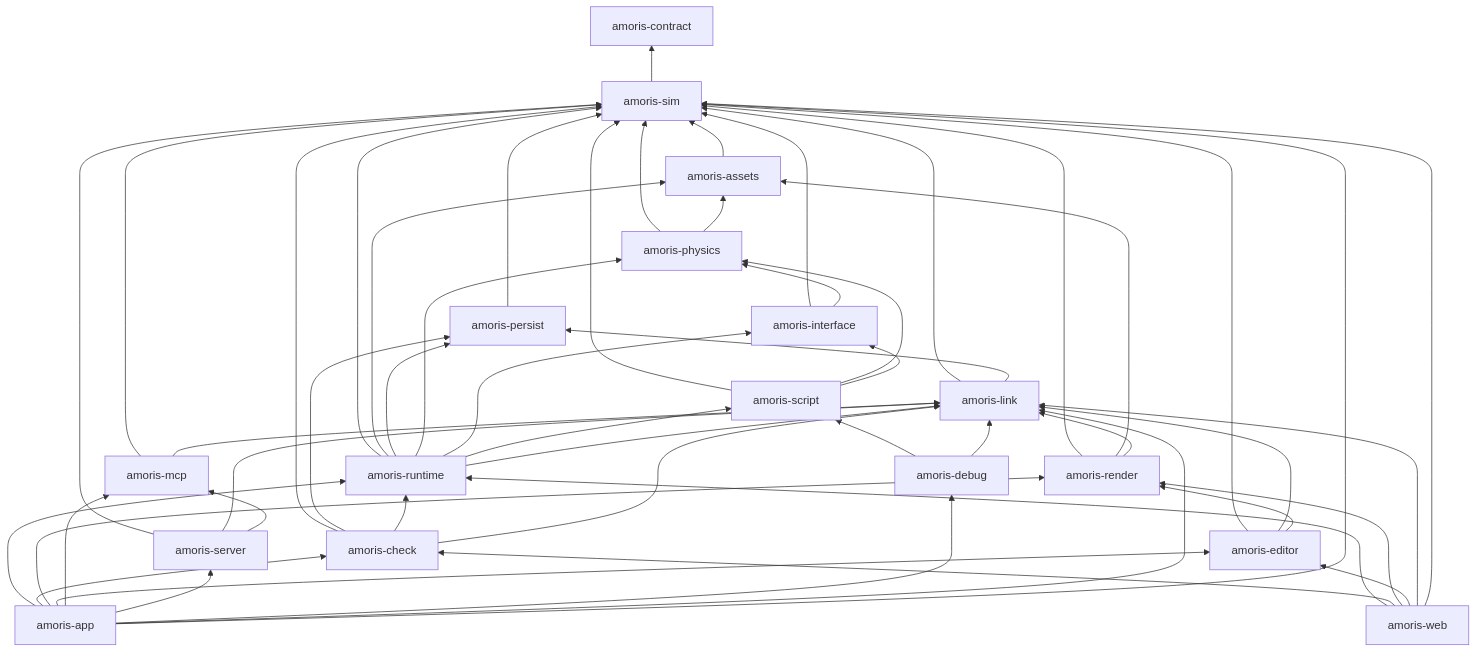
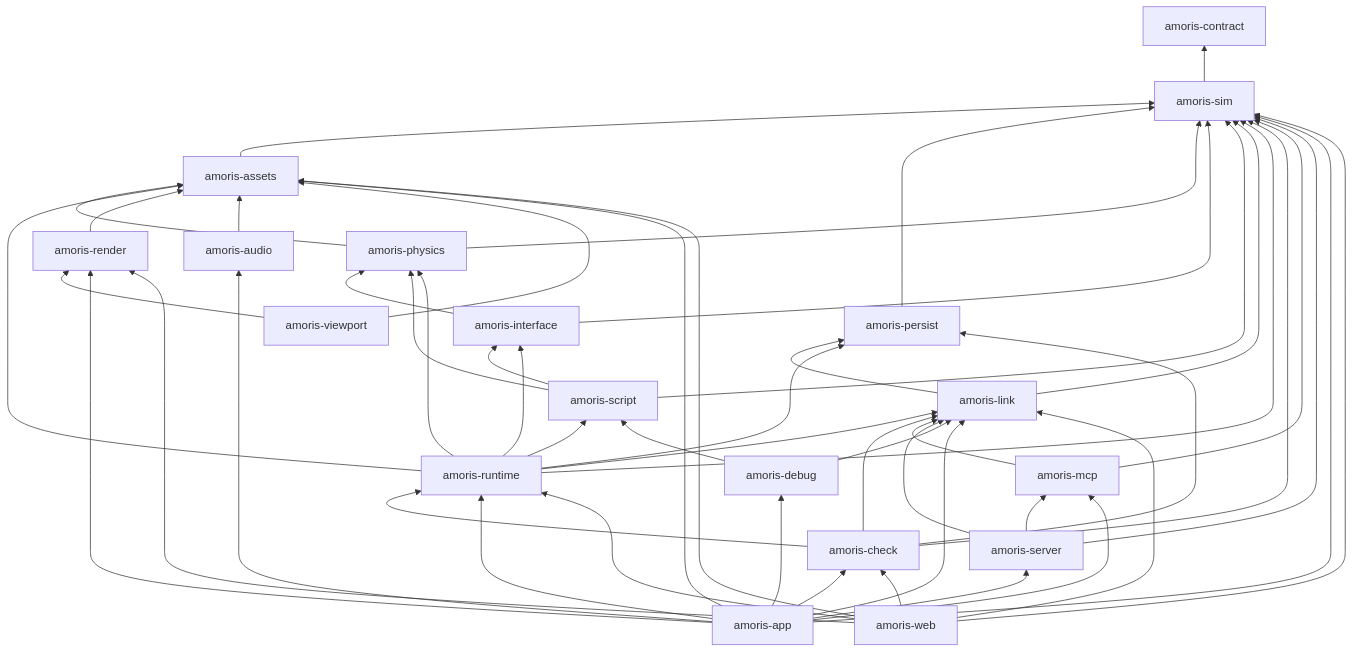
One commit to qiulinfan/amoris changed the diagram in docs/spec/architecture.md. Above: the diagram before and after it, drawn with Mermaid. The commit also changed other lines of this file and 3 other files, not shown here.

````diff
--- a/docs/spec/architecture.md
+++ b/docs/spec/architecture.md
@@ -426,25 +506,27 @@
 ```mermaid
 flowchart BT
     contract[amoris-contract]
     sim[amoris-sim] --> contract
     assets[amoris-assets] --> sim
     persist[amoris-persist] --> sim
     physics[amoris-physics] --> sim
     physics --> assets
     interface[amoris-interface] --> sim
     interface --> physics
     script[amoris-script] --> sim
     script --> physics
     script --> interface
     link[amoris-link] --> sim
     link --> persist
     runtime[amoris-runtime] --> sim & assets & persist & physics & interface & script & link
     check[amoris-check] --> sim & persist & runtime & link
-    render[amoris-render] --> sim & assets & link
-    editor[amoris-editor] --> sim & link & render
+    render[amoris-render] --> assets
+    audio[amoris-audio] --> assets
+    viewport[amoris-viewport] --> assets & render
     mcp[amoris-mcp] --> sim & link
     server[amoris-server] --> sim & link & mcp
     debug[amoris-debug] --> script & link
-    app[amoris-app] --> runtime & check & render & editor & mcp & server & debug & link & sim
-    web[amoris-web] --> runtime & check & render & editor & link & sim
+    app[amoris-app] --> runtime & check & render & audio & assets & link & sim
+    app --> mcp & server & debug
+    web[amoris-web] --> runtime & check & render & assets & link & sim
 ```
````
